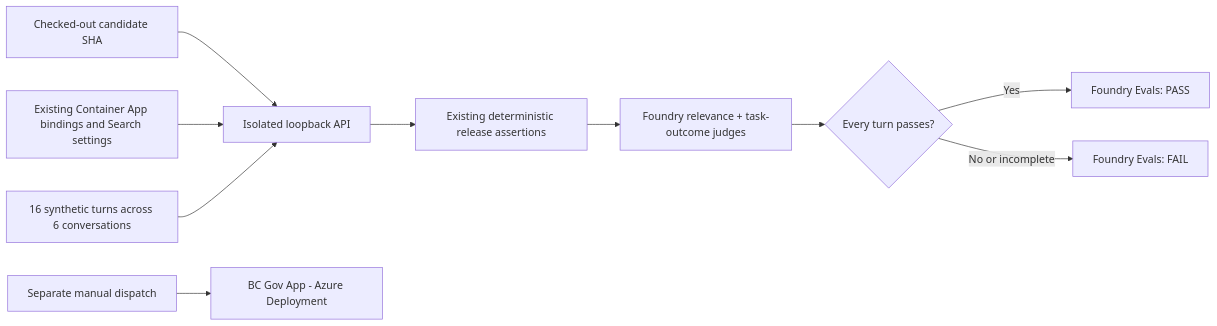
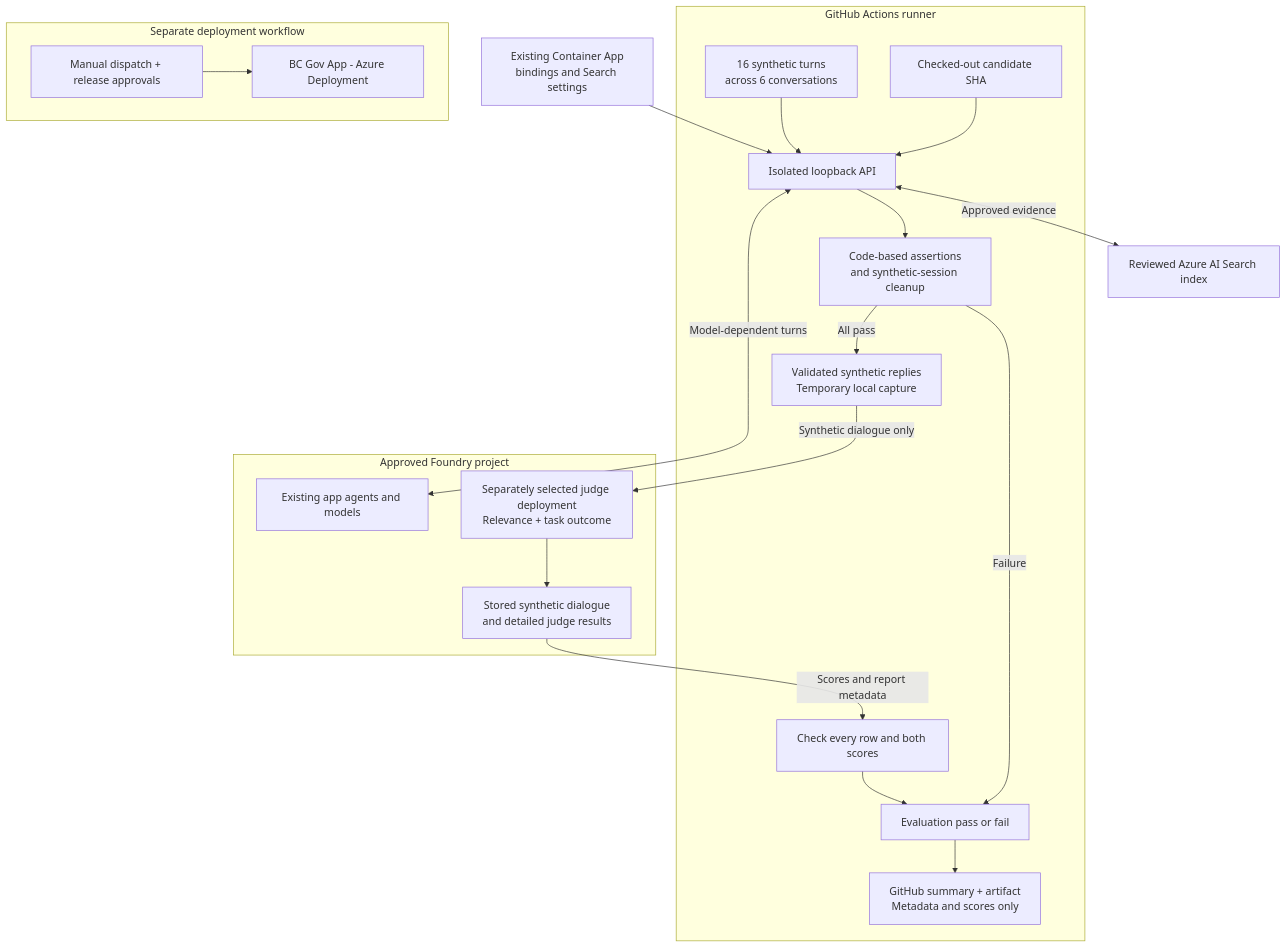
One commit to Ve-Sharma-Labs/bc-gov-ai-homepage changed the diagram in docs/foundry-evaluations.md. Above: the diagram before and after it, drawn with Mermaid. The commit also changed other lines of this file and 3 other files, not shown here.

Commit message:
Clarify evaluation architecture and CI documentation

````diff
--- a/docs/foundry-evaluations.md
+++ b/docs/foundry-evaluations.md
@@ -231,12 +237,32 @@
 ```mermaid
-flowchart LR
-    Code["Checked-out candidate SHA"] --> App["Isolated loopback API"]
-    Config["Existing Container App bindings and Search settings"] --> App
-    Cases["16 synthetic turns across 6 conversations"] --> App
-    App --> Checks["Existing deterministic release assertions"]
-    Checks --> Foundry["Foundry relevance + task-outcome judges"]
-    Foundry --> Result{"Every turn passes?"}
-    Result -->|Yes| Pass["Foundry Evals: PASS"]
-    Result -->|No or incomplete| Fail["Foundry Evals: FAIL"]
-    Manual["Separate manual dispatch"] --> Deploy["BC Gov App - Azure Deployment"]
+flowchart TB
+    Config["Existing Container App<br/>bindings and Search settings"]
+    Search["Reviewed Azure AI Search index"]
+
+    subgraph Runner["GitHub Actions runner"]
+        Code["Checked-out candidate SHA"] --> App["Isolated loopback API"]
+        Cases["16 synthetic turns<br/>across 6 conversations"] --> App
+        App --> Checks["Code-based assertions<br/>and synthetic-session cleanup"]
+        Checks -->|"All pass"| Capture["Validated synthetic replies<br/>Temporary local capture"]
+        Checks -->|"Failure"| Result["Evaluation pass or fail"]
+        Scores["Check every row and both scores"] --> Result
+        Result --> GitHub["GitHub summary + artifact<br/>Metadata and scores only"]
+    end
+
+    subgraph Foundry["Approved Foundry project"]
+        AppModels["Existing app agents and models"]
+        Judge["Separately selected judge deployment<br/>Relevance + task outcome"]
+        CloudReport["Stored synthetic dialogue<br/>and detailed judge results"]
+        Judge --> CloudReport
+    end
+
+    Config --> App
+    App <-->|"Approved evidence"| Search
+    App <-->|"Model-dependent turns"| AppModels
+    Capture -->|"Synthetic dialogue only"| Judge
+    CloudReport -->|"Scores and report metadata"| Scores
+
+    subgraph Deployment["Separate deployment workflow"]
+        Manual["Manual dispatch + release approvals"] --> Deploy["BC Gov App - Azure Deployment"]
+    end
 ```
````
